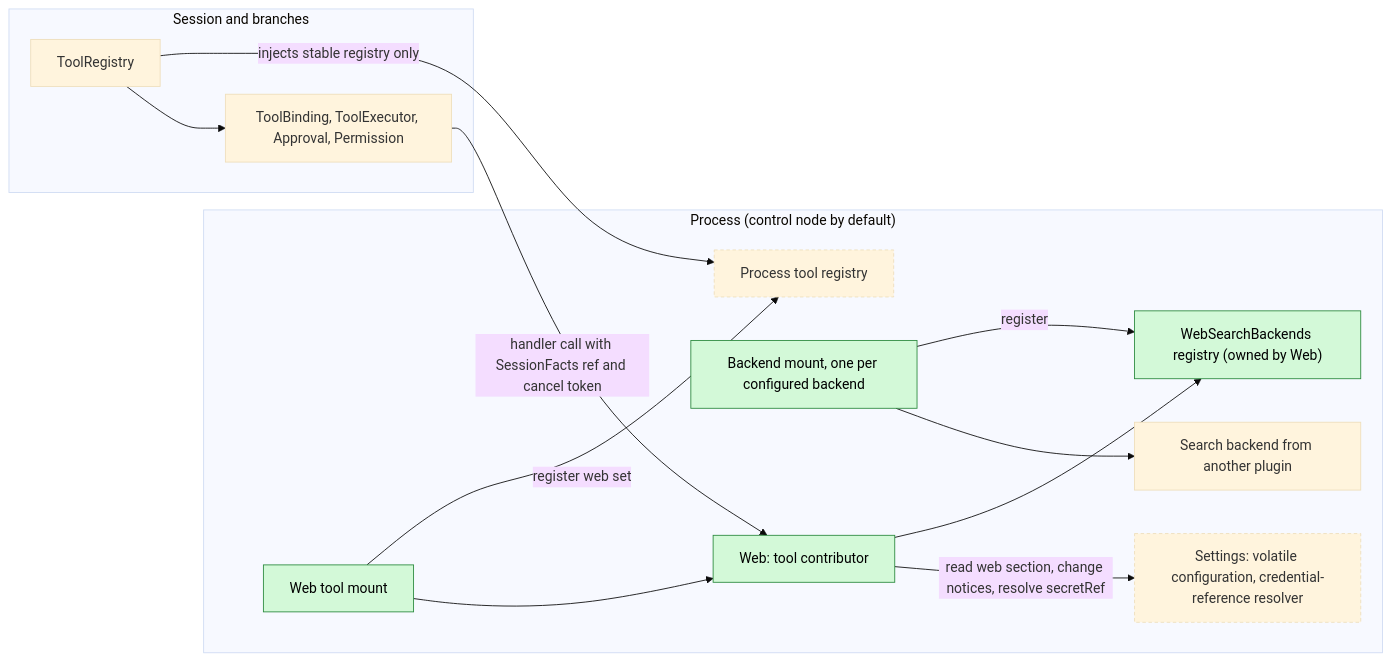
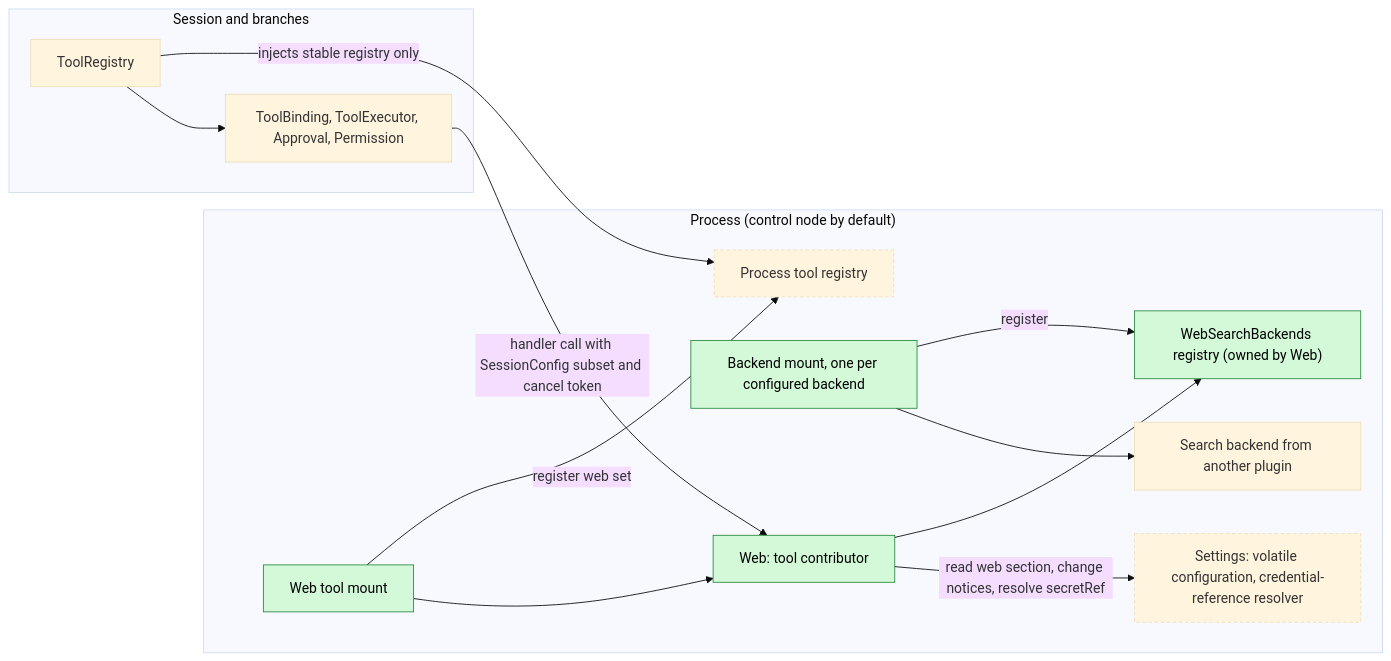
Before and after one commit to CoutinhoTTS/dim-agent: the first of 6 diagrams in docs/design/plugins/Web.md, drawn with Mermaid (base theme). The commit also changed other lines of this file and 3 other files, not shown here.

````diff
--- a/docs/design/plugins/Web.md
+++ b/docs/design/plugins/Web.md
@@ -9,27 +9,27 @@
 ```mermaid
 flowchart LR
   subgraph PROC["Process (control node by default)"]
     Web["Web: tool contributor"]:::new
     WSB["WebSearchBackends registry (owned by Web)"]:::new
     WebMount["Web tool mount"]:::new
     BMount["Backend mount, one per configured backend"]:::new
     Backend["Search backend from another plugin"]
     PTR["Process tool registry"]:::contract
     Settings["Settings: volatile configuration, credential-reference resolver"]:::contract
   end
   subgraph SESS["Session and branches"]
     ToolRegistry["ToolRegistry"]
     Exec["ToolBinding, ToolExecutor, Approval, Permission"]
   end
   WebMount -->|"register web set"| PTR
   WebMount --> Web
   Web --> WSB
   BMount -->|"register"| WSB
   BMount --> Backend
   Web -->|"read web section, change notices, resolve secretRef"| Settings
   ToolRegistry -->|"injects stable registry only"| PTR
   ToolRegistry --> Exec
-  Exec -->|"handler call with SessionFacts ref and cancel token"| Web
+  Exec -->|"handler call with SessionConfig subset and cancel token"| Web
   classDef new fill:#d3f9d8,stroke:#2b8a3e,color:#000
   classDef contract stroke-dasharray:4 3
 ```
````
